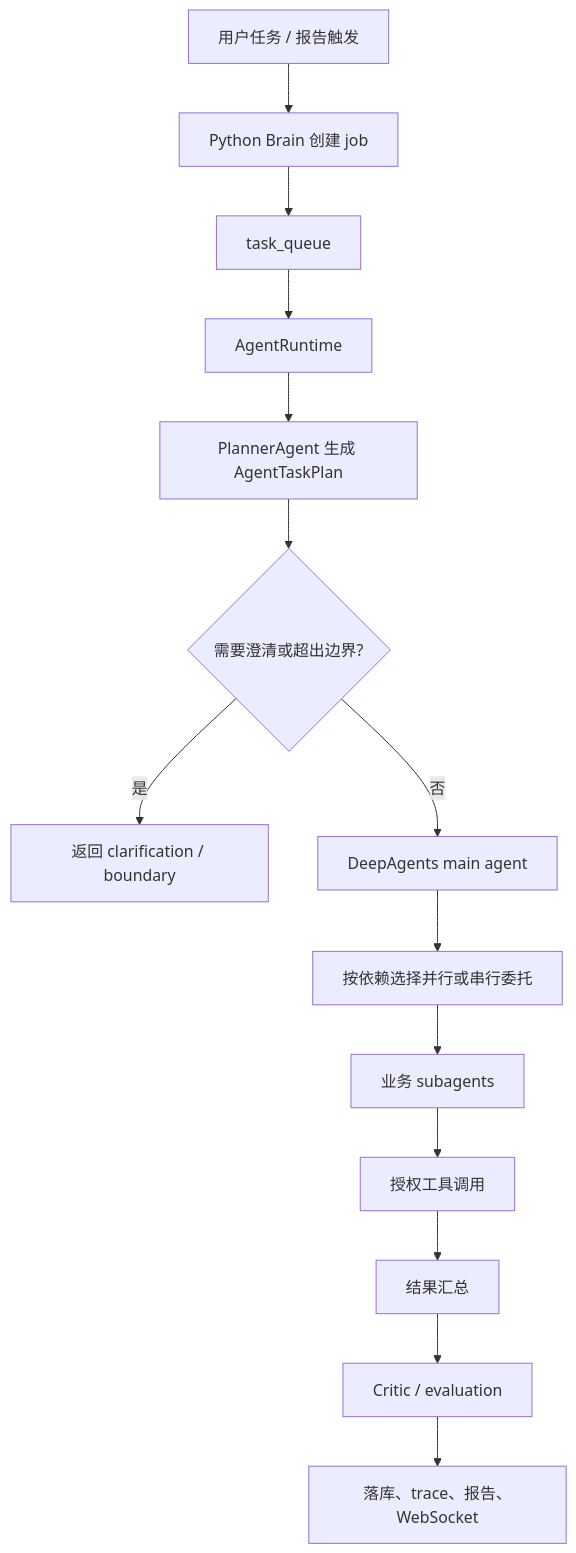
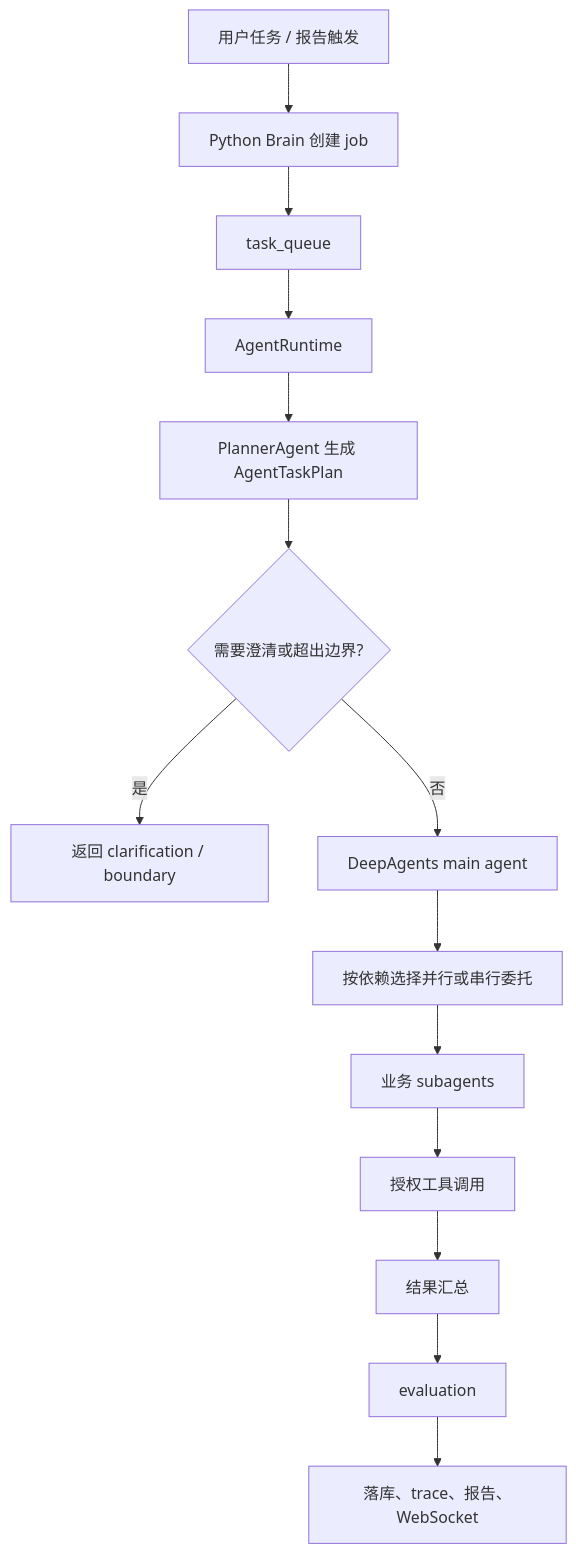
One commit to lbk119/EcommerceAgent changed the third of 3 diagrams in README.md. Above: the diagram before and after it, drawn with Mermaid. The commit also changed other lines of this file and 34 other files, not shown here.

````diff
--- a/README.md
+++ b/README.md
@@ -94,16 +94,16 @@
 ```mermaid
 flowchart TD
   Request["用户任务 / 报告触发"] --> API["Python Brain 创建 job"]
   API --> Queue["task_queue"]
   Queue --> Runtime["AgentRuntime"]
   Runtime --> Planner["PlannerAgent 生成 AgentTaskPlan"]
   Planner --> Boundary{"需要澄清或超出边界?"}
   Boundary -->|是| Return["返回 clarification / boundary"]
   Boundary -->|否| Main["DeepAgents main agent"]
   Main --> Decide["按依赖选择并行或串行委托"]
   Decide --> Subs["业务 subagents"]
   Subs --> Tools["授权工具调用"]
   Tools --> Reduce["结果汇总"]
-  Reduce --> Eval["Critic / evaluation"]
+  Reduce --> Eval["evaluation"]
   Eval --> Persist["落库、trace、报告、WebSocket"]
 ```
````
